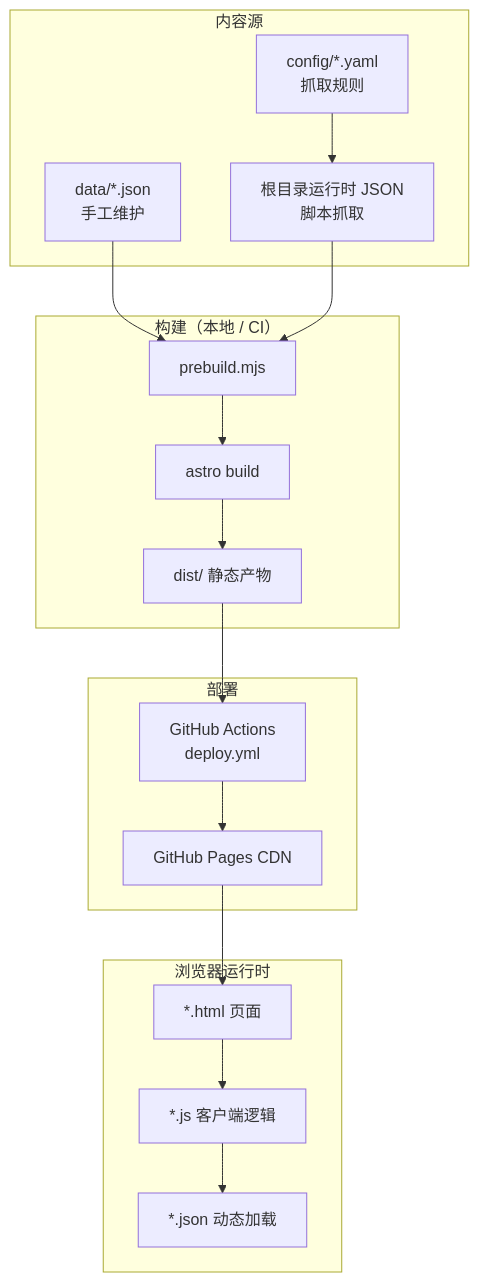
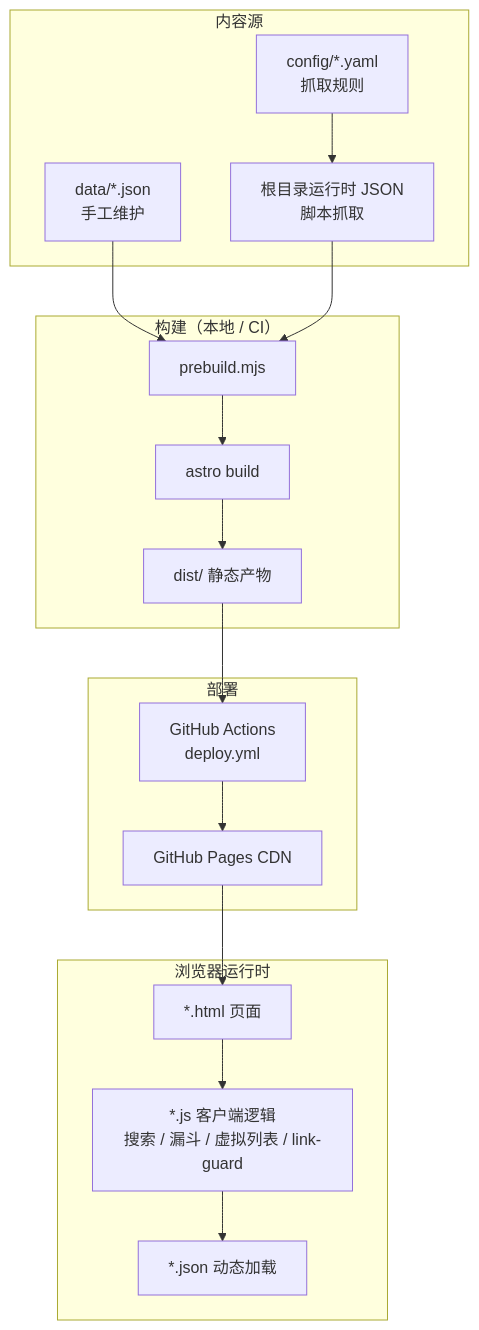
The first of 8 diagrams in docs/ARCHITECTURE.md (bio-apple/ai), drawn with Mermaid before and after one commit. The commit also changed other lines of this file and 11 other files, not shown here.

````diff
--- a/docs/ARCHITECTURE.md
+++ b/docs/ARCHITECTURE.md
@@ -11,36 +11,36 @@
 ```mermaid
 flowchart TB
   subgraph sources["内容源"]
     DATA["data/*.json<br/>手工维护"]
     FETCH["根目录运行时 JSON<br/>脚本抓取"]
     CFG["config/*.yaml<br/>抓取规则"]
   end
 
   subgraph build["构建（本地 / CI）"]
   PRE["prebuild.mjs"]
   ASTRO["astro build"]
   DIST["dist/ 静态产物"]
   end
 
   subgraph deploy["部署"]
   GHA["GitHub Actions<br/>deploy.yml"]
   PAGES["GitHub Pages CDN"]
   end
 
   subgraph runtime["浏览器运行时"]
   HTML["*.html 页面"]
-  JS["*.js 客户端逻辑"]
+  JS["*.js 客户端逻辑<br/>搜索 / 漏斗 / 虚拟列表 / link-guard"]
   JSON_RT["*.json 动态加载"]
   end
 
   DATA --> PRE
   FETCH --> PRE
   CFG --> FETCH
   PRE --> ASTRO
   ASTRO --> DIST
   DIST --> GHA
   GHA --> PAGES
   PAGES --> HTML
   HTML --> JS
   JS --> JSON_RT
 ```
````
